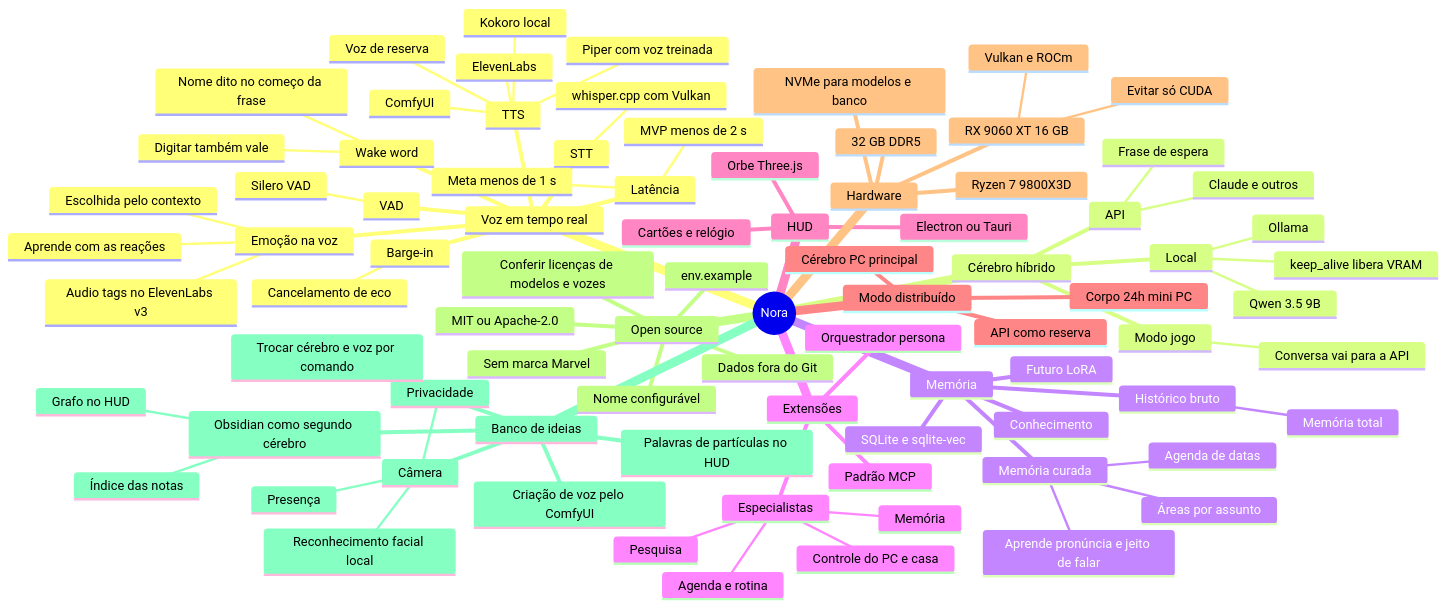
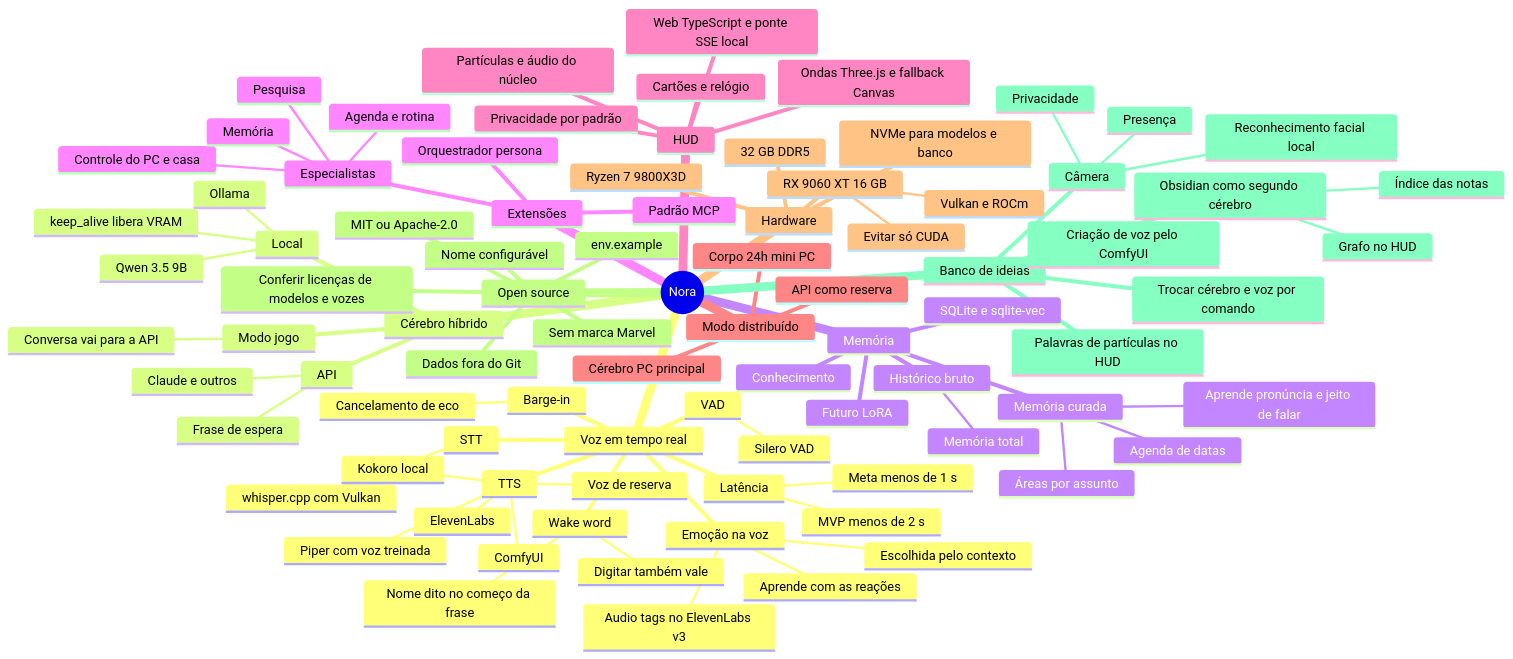
The first of 4 diagrams in docs/MAPA_MENTAL.md (Gabitoprof/Nora), drawn with Mermaid before and after one commit. The commit also changed other lines of this file and 38 other files, not shown here.

```diff
--- a/docs/MAPA_MENTAL.md
+++ b/docs/MAPA_MENTAL.md
@@ -69,8 +69,10 @@
         Controle do PC e casa
         Memória
     HUD
-      Electron ou Tauri
-      Orbe Three.js
+      Web TypeScript e ponte SSE local
+      Ondas Three.js e fallback Canvas
+      Partículas e áudio do núcleo
+      Privacidade por padrão
       Cartões e relógio
     Modo distribuído
       Corpo 24h mini PC
```
